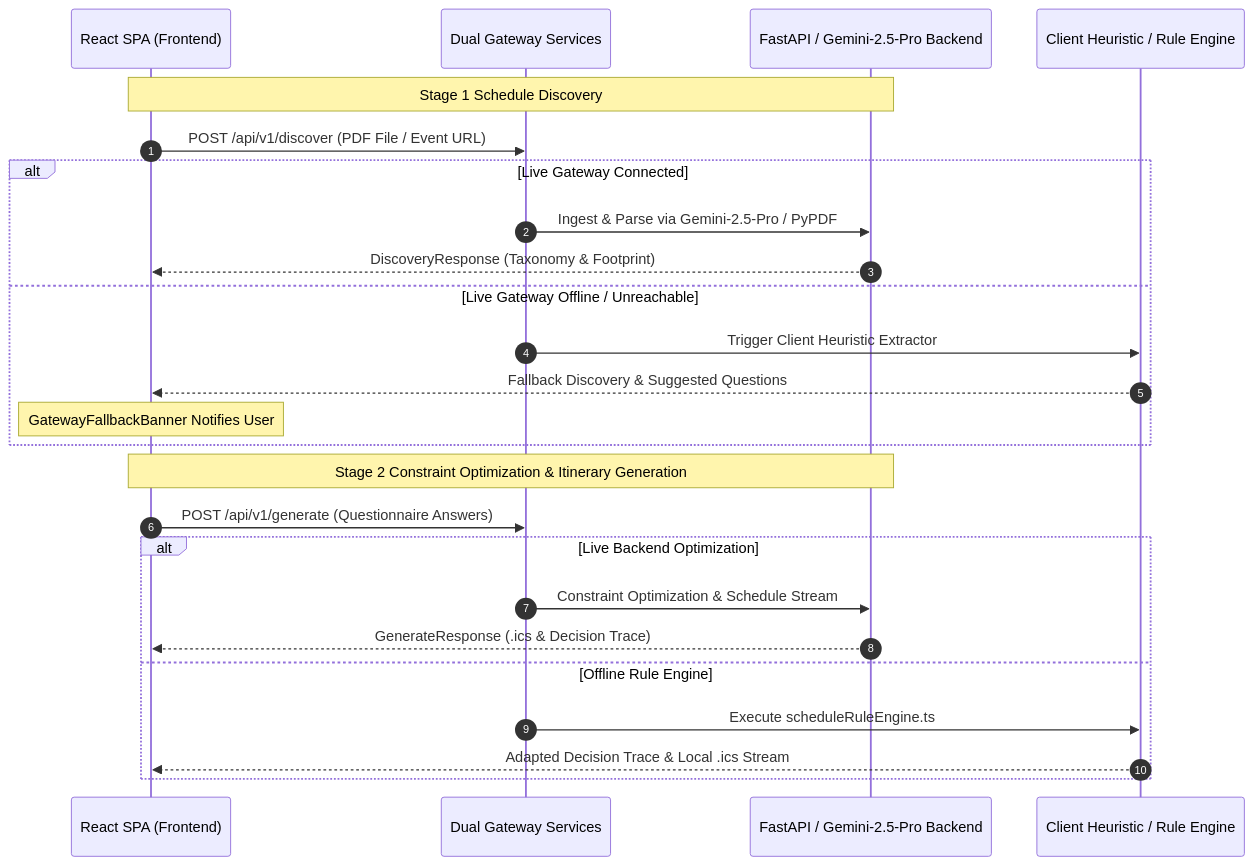
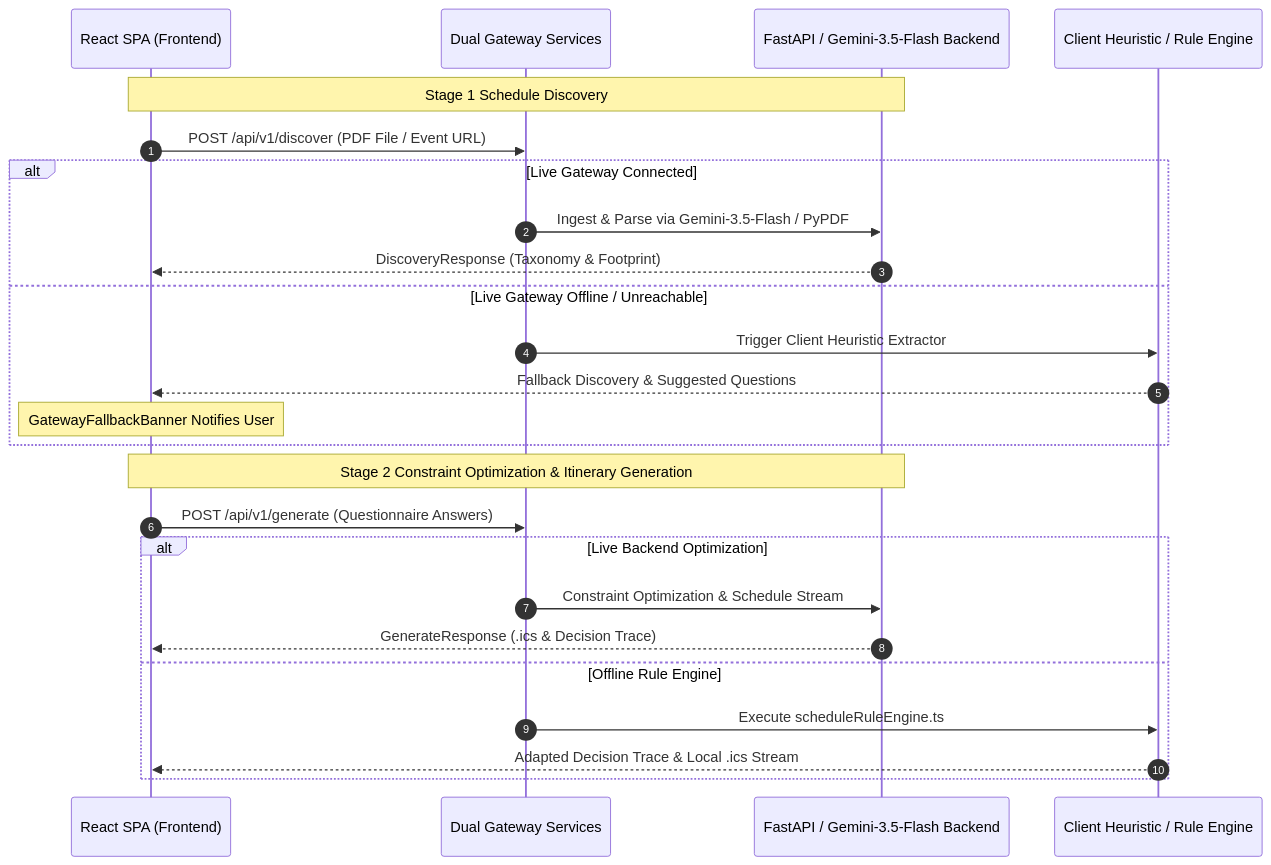
One commit to arii/tech-dancer changed the diagram in content/studies/wcs-navigator-architecture.md. Above: the diagram before and after it, drawn with Mermaid. The commit also changed other lines of this file and 15 other files, not shown here.

````diff
--- a/content/studies/wcs-navigator-architecture.md
+++ b/content/studies/wcs-navigator-architecture.md
@@ -27,29 +27,29 @@
 ```mermaid
 sequenceDiagram
     autonumber
     participant SPA as React SPA (Frontend)
     participant GW as Dual Gateway Services
-    participant API as FastAPI / Gemini-2.5-Pro Backend
+    participant API as FastAPI / Gemini-3.5-Flash Backend
     participant Heuristic as Client Heuristic / Rule Engine
 
     Note over SPA,API: Stage 1 Schedule Discovery
     SPA->>GW: POST /api/v1/discover (PDF File / Event URL)
     alt Live Gateway Connected
-        GW->>API: Ingest & Parse via Gemini-2.5-Pro / PyPDF
+        GW->>API: Ingest & Parse via Gemini-3.5-Flash / PyPDF
         API-->>SPA: DiscoveryResponse (Taxonomy & Footprint)
     else Live Gateway Offline / Unreachable
         GW->>Heuristic: Trigger Client Heuristic Extractor
         Heuristic-->>SPA: Fallback Discovery & Suggested Questions
         Note over SPA: GatewayFallbackBanner Notifies User
     end
 
     Note over SPA,API: Stage 2 Constraint Optimization & Itinerary Generation
     SPA->>GW: POST /api/v1/generate (Questionnaire Answers)
     alt Live Backend Optimization
         GW->>API: Constraint Optimization & Schedule Stream
         API-->>SPA: GenerateResponse (.ics & Decision Trace)
     else Offline Rule Engine
         GW->>Heuristic: Execute scheduleRuleEngine.ts
         Heuristic-->>SPA: Adapted Decision Trace & Local .ics Stream
     end
 ```
````
